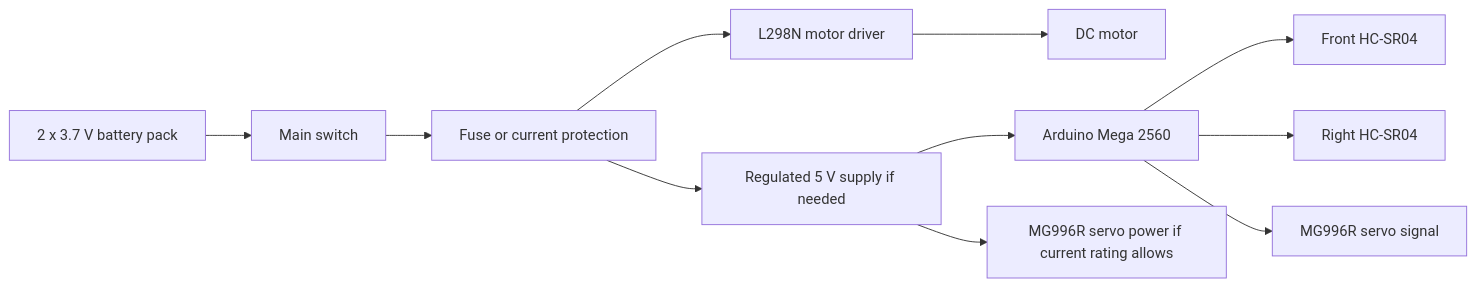
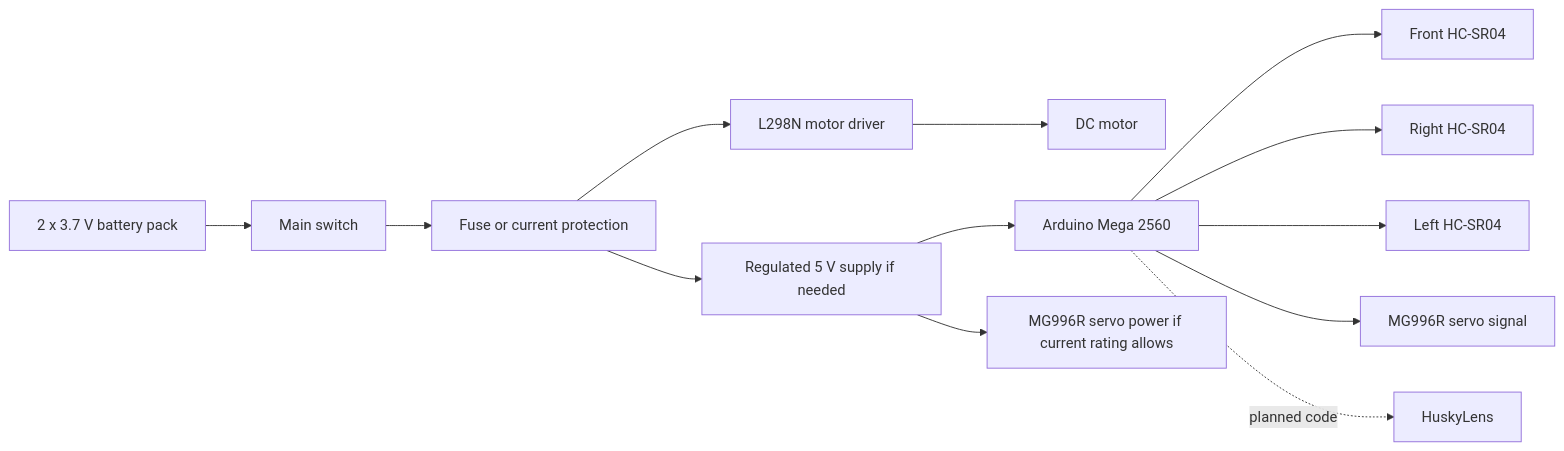
One commit to Yamilgmr/SKRobotics_WRO2026 changed the diagram in docs/04_power_and_sensors.md. Above: the diagram before and after it, drawn with Mermaid. The commit also changed other lines of this file and 20 other files, not shown here.

````diff
--- a/docs/04_power_and_sensors.md
+++ b/docs/04_power_and_sensors.md
@@ -9,13 +9,15 @@
 ```mermaid
 flowchart LR
     A["2 x 3.7 V battery pack"] --> B["Main switch"]
     B --> C["Fuse or current protection"]
     C --> D["L298N motor driver"]
     D --> E["DC motor"]
     C --> F["Regulated 5 V supply if needed"]
     F --> G["Arduino Mega 2560"]
     G --> H["Front HC-SR04"]
     G --> I["Right HC-SR04"]
-    G --> J["MG996R servo signal"]
-    F --> K["MG996R servo power if current rating allows"]
+    G --> J["Left HC-SR04"]
+    G --> K["MG996R servo signal"]
+    G -. planned code .-> L["HuskyLens"]
+    F --> M["MG996R servo power if current rating allows"]
 ```
````
